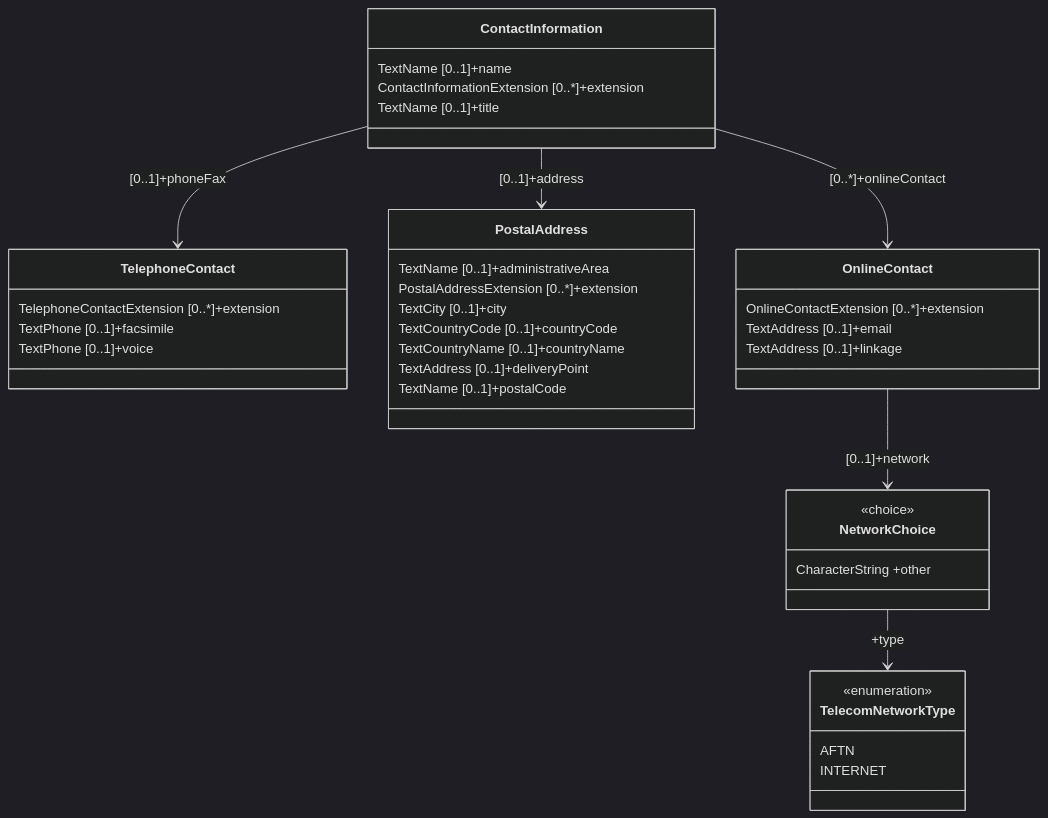
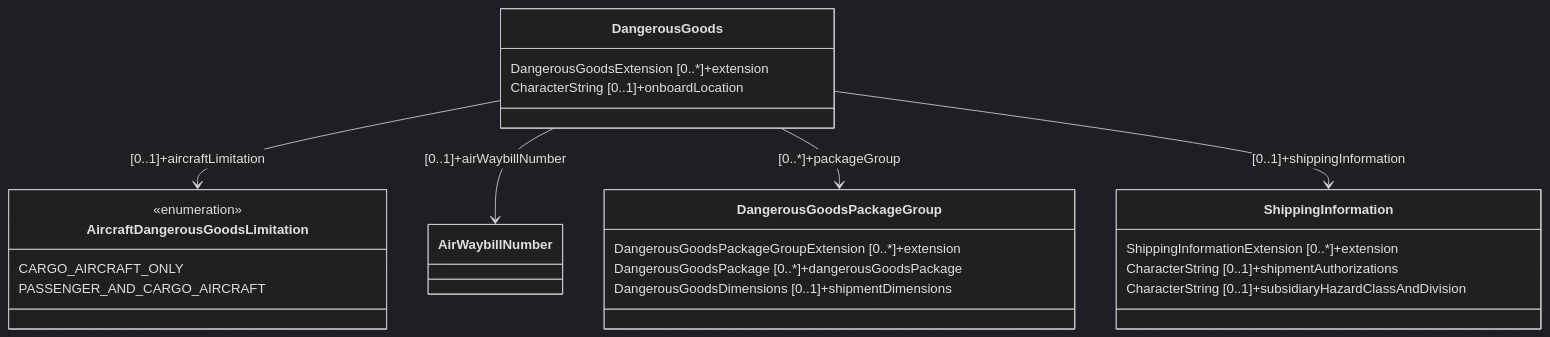
One commit to du-lapin/test_docsify changed diagram 11 of 22 in docs/fixm/FIXM_UML_in_mermaid.md. Above: the diagram before and after it, drawn with Mermaid (dark theme). The commit also changed other lines of this file, not shown here.

````diff
--- a/docs/fixm/FIXM_UML_in_mermaid.md
+++ b/docs/fixm/FIXM_UML_in_mermaid.md
@@ -199,41 +795,28 @@
 ```mermaid
 classDiagram
-class TelephoneContact
-TelephoneContact : TelephoneContactExtension [0..*]+extension
-TelephoneContact : TextPhone [0..1]+facsimile
-TelephoneContact : TextPhone [0..1]+voice
-link TelephoneContact "https://www.fixm.aero/releases/FIXM-4.2.0/doc/schema_documentation/Fixm_TelephoneContactType.html" "Go to XML definition"
-class ContactInformation
-ContactInformation : TextName [0..1]+name
-ContactInformation : ContactInformationExtension [0..*]+extension
-ContactInformation --> PostalAddress : [0..1]+address
-ContactInformation --> OnlineContact : [0..*]+onlineContact
-ContactInformation --> TelephoneContact : [0..1]+phoneFax
-ContactInformation : TextName [0..1]+title
-link ContactInformation "https://www.fixm.aero/releases/FIXM-4.2.0/doc/schema_documentation/Fixm_ContactInformationType.html" "Go to XML definition"
-class OnlineContact
-OnlineContact : OnlineContactExtension [0..*]+extension
-OnlineContact : TextAddress [0..1]+email
-OnlineContact : TextAddress [0..1]+linkage
-OnlineContact --> NetworkChoice : [0..1]+network
-link OnlineContact "https://www.fixm.aero/releases/FIXM-4.2.0/doc/schema_documentation/Fixm_OnlineContactType.html" "Go to XML definition"
-class PostalAddress
-PostalAddress : TextName [0..1]+administrativeArea
-PostalAddress : PostalAddressExtension [0..*]+extension
-PostalAddress : TextCity [0..1]+city
-PostalAddress : TextCountryCode [0..1]+countryCode
-PostalAddress : TextCountryName [0..1]+countryName
-PostalAddress : TextAddress [0..1]+deliveryPoint
-PostalAddress : TextName [0..1]+postalCode
-link PostalAddress "https://www.fixm.aero/releases/FIXM-4.2.0/doc/schema_documentation/Fixm_PostalAddressType.html" "Go to XML definition"
-class TelecomNetworkType
-<<enumeration>> TelecomNetworkType
-TelecomNetworkType : AFTN
-TelecomNetworkType : INTERNET
-link TelecomNetworkType "https://www.fixm.aero/releases/FIXM-4.2.0/doc/schema_documentation/Fixm_TelecomNetworkTypeType.html" "Go to XML definition"
-class NetworkChoice
-<<choice>> NetworkChoice
-NetworkChoice : CharacterString +other
-NetworkChoice --> TelecomNetworkType : +type
-link NetworkChoice "https://www.fixm.aero/releases/FIXM-4.2.0/doc/schema_documentation/Fixm_NetworkChoiceType.html" "Go to XML definition"
+class AircraftDangerousGoodsLimitation
+<<enumeration>> AircraftDangerousGoodsLimitation
+AircraftDangerousGoodsLimitation : CARGO_AIRCRAFT_ONLY
+AircraftDangerousGoodsLimitation : PASSENGER_AND_CARGO_AIRCRAFT
+link AircraftDangerousGoodsLimitation "https://www.fixm.aero/releases/FIXM-4.2.0/doc/schema_documentation/Fixm_AircraftDangerousGoodsLimitationType.html" "Go to XML definition"
+class AirWaybillNumber
+link AirWaybillNumber "https://www.fixm.aero/releases/FIXM-4.2.0/doc/schema_documentation/Fixm_AirWaybillNumberType.html" "Go to XML definition"
+class DangerousGoodsPackageGroup
+DangerousGoodsPackageGroup : DangerousGoodsPackageGroupExtension [0..*]+extension
+DangerousGoodsPackageGroup : DangerousGoodsPackage [0..*]+dangerousGoodsPackage
+DangerousGoodsPackageGroup : DangerousGoodsDimensions [0..1]+shipmentDimensions
+link DangerousGoodsPackageGroup "https://www.fixm.aero/releases/FIXM-4.2.0/doc/schema_documentation/Fixm_DangerousGoodsPackageGroupType.html" "Go to XML definition"
+class ShippingInformation
+ShippingInformation : ShippingInformationExtension [0..*]+extension
+ShippingInformation : CharacterString [0..1]+shipmentAuthorizations
+ShippingInformation : CharacterString [0..1]+subsidiaryHazardClassAndDivision
+link ShippingInformation "https://www.fixm.aero/releases/FIXM-4.2.0/doc/schema_documentation/Fixm_ShippingInformationType.html" "Go to XML definition"
+class DangerousGoods
+DangerousGoods : DangerousGoodsExtension [0..*]+extension
+DangerousGoods : CharacterString [0..1]+onboardLocation
+DangerousGoods --> AircraftDangerousGoodsLimitation : [0..1]+aircraftLimitation
+DangerousGoods --> AirWaybillNumber : [0..1]+airWaybillNumber
+DangerousGoods --> DangerousGoodsPackageGroup : [0..*]+packageGroup
+DangerousGoods --> ShippingInformation : [0..1]+shippingInformation
+link DangerousGoods "https://www.fixm.aero/releases/FIXM-4.2.0/doc/schema_documentation/Fixm_DangerousGoodsType.html" "Go to XML definition"
 ```
````
